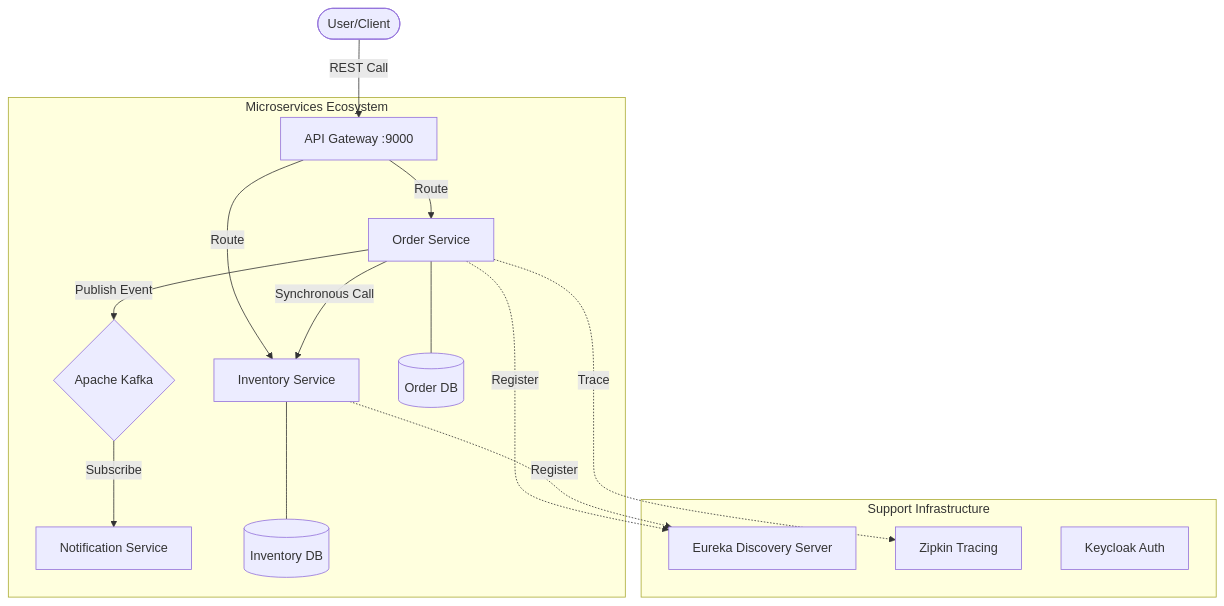
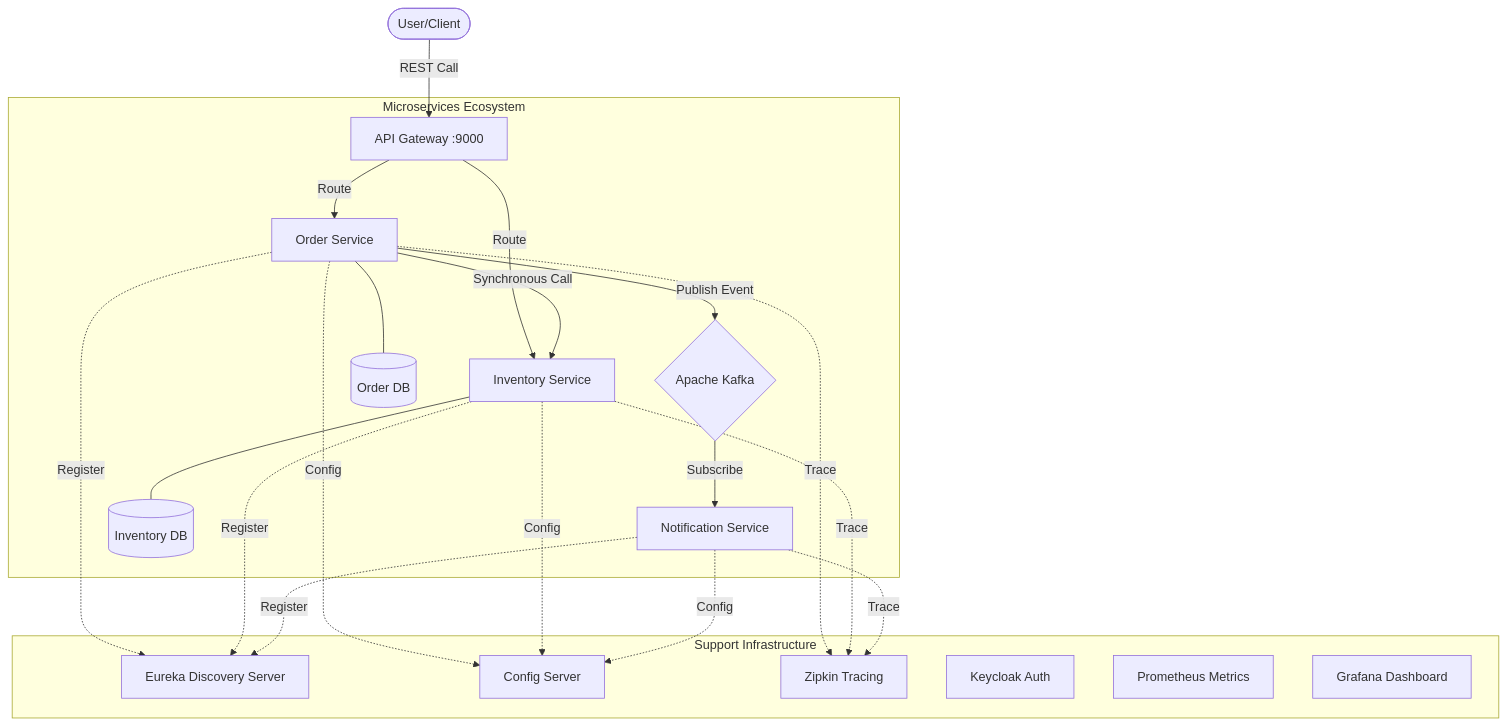
The diagram in README.md (mohammad-ali-abudalou/microservices-system), drawn with Mermaid before and after one commit. The commit also changed other lines of this file, not shown here.

Commit message:
docs: add comprehensive README with architecture and setup guide

````diff
--- a/README.md
+++ b/README.md
@@ -81,27 +77,38 @@
 ```mermaid
 graph TD
 User([User/Client]) -->|REST Call| Gateway[API Gateway :9000]
 
     subgraph ServiceMesh [Microservices Ecosystem]
         Gateway -->|Route| OrderService[Order Service]
         Gateway -->|Route| InventoryService[Inventory Service]
-        
+
         OrderService -->|Synchronous Call| InventoryService
         OrderService -->|Publish Event| Kafka{Apache Kafka}
-        
+
         Kafka -->|Subscribe| NotificationService[Notification Service]
-        
+
         OrderService --- OrderDB[(Order DB)]
         InventoryService --- InventoryDB[(Inventory DB)]
     end
-    
+
     subgraph Infrastructure [Support Infrastructure]
         Eureka[Eureka Discovery Server]
+        ConfigServer[Config Server]
         Zipkin[Zipkin Tracing]
         Keycloak[Keycloak Auth]
+        Prometheus[Prometheus Metrics]
+        Grafana[Grafana Dashboard]
     end
-    
+
     OrderService -.->|Register| Eureka
     InventoryService -.->|Register| Eureka
+    NotificationService -.->|Register| Eureka
+
+    OrderService -.->|Config| ConfigServer
+    InventoryService -.->|Config| ConfigServer
+    NotificationService -.->|Config| ConfigServer
+
     OrderService -.->|Trace| Zipkin
+    InventoryService -.->|Trace| Zipkin
+    NotificationService -.->|Trace| Zipkin
 ```
````
